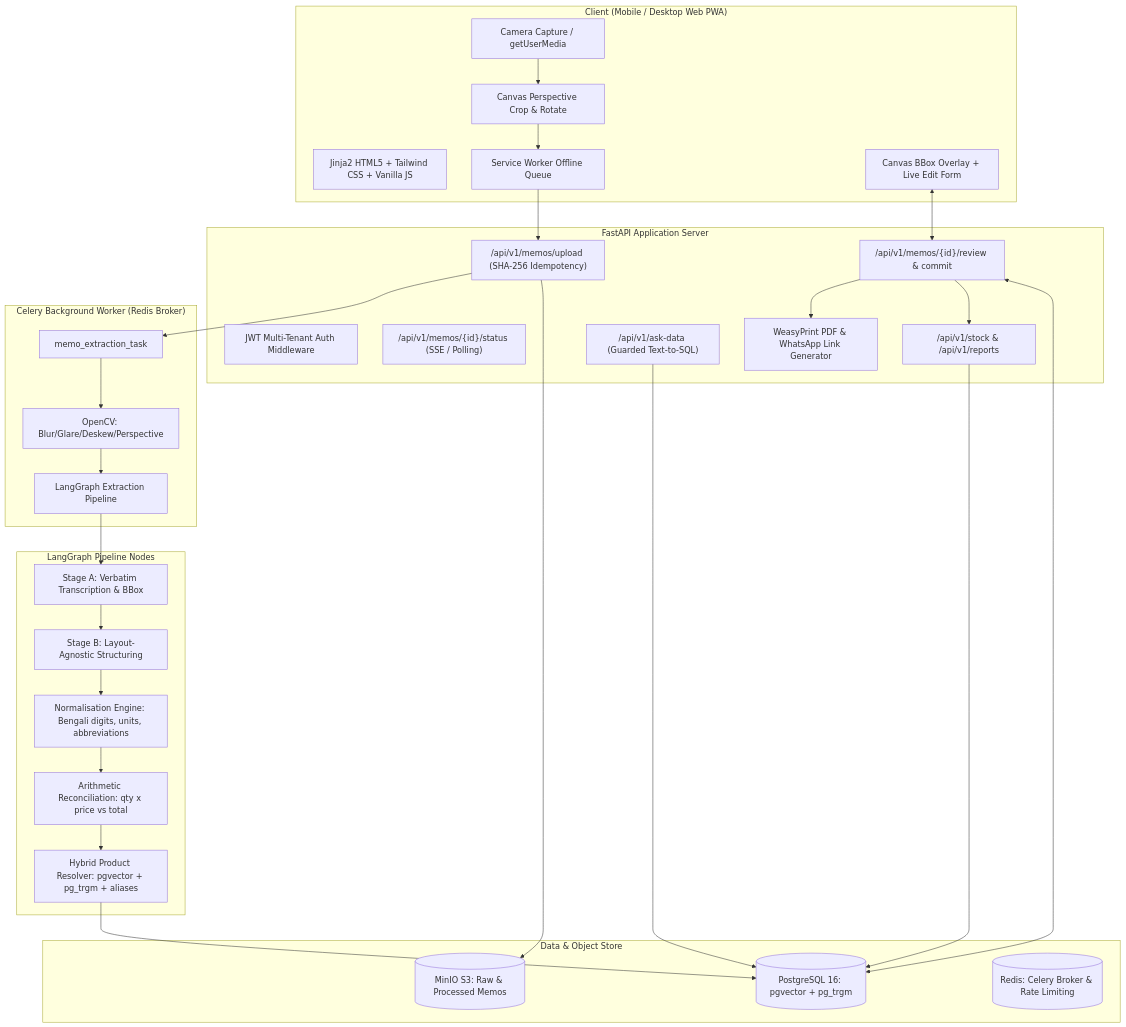
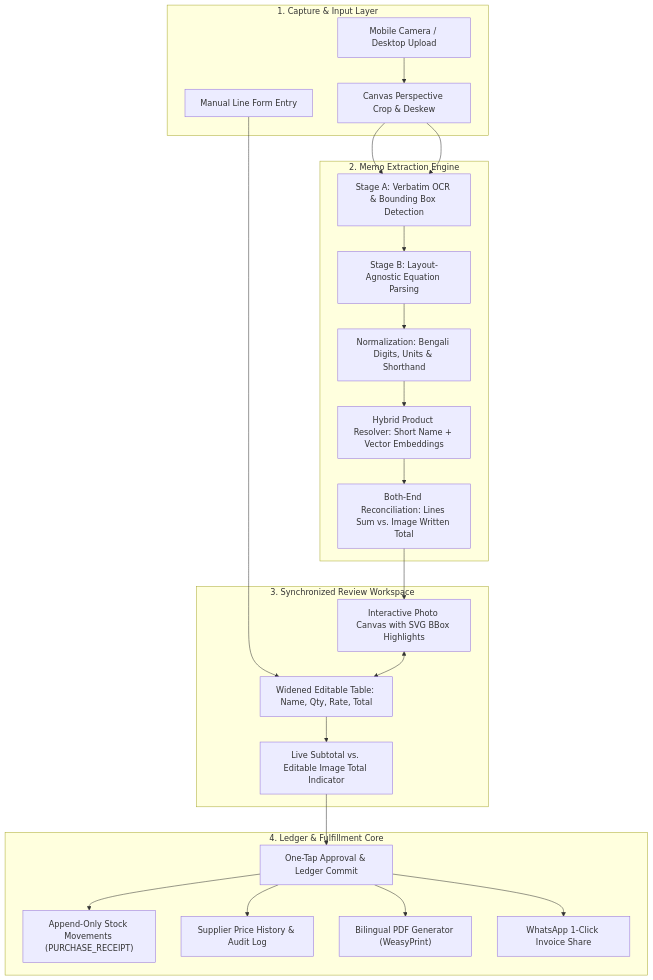
One commit to taufiqnet/MemoLedger changed the diagram in README.md. Above: the diagram before and after it, drawn with Mermaid. The commit also changed other lines of this file, not shown here.

Commit message:
docs: update README with comprehensive features, architecture, and system design

````diff
--- a/README.md
+++ b/README.md
@@ -41,51 +53,40 @@
 ```mermaid
 flowchart TD
-    subgraph Client["Client (Mobile / Desktop Web PWA)"]
-        UI[Jinja2 HTML5 + Tailwind CSS + Vanilla JS]
-        Cam[Camera Capture / getUserMedia]
-        CropCanvas[Canvas Perspective Crop & Rotate]
-        SW[Service Worker Offline Queue]
-        ReviewUI[Canvas BBox Overlay + Live Edit Form]
+    subgraph Capture["1. Capture & Input Layer"]
+        Camera["Mobile Camera / Desktop Upload"]
+        Crop["Canvas Perspective Crop & Deskew"]
+        Manual["Manual Line Form Entry"]
     end
 
-    subgraph API["FastAPI Application Server"]
-        Auth[JWT Multi-Tenant Auth Middleware]
-        UploadEP["/api/v1/memos/upload (SHA-256 Idempotency)"]
-        StatusEP["/api/v1/memos/{id}/status (SSE / Polling)"]
-        ReviewEP["/api/v1/memos/{id}/review & commit"]
-        LedgerEP["/api/v1/stock & /api/v1/reports"]
-        AskDataEP["/api/v1/ask-data (Guarded Text-to-SQL)"]
-        InvoiceGen[WeasyPrint PDF & WhatsApp Link Generator]
+    subgraph Pipeline["2. Memo Extraction Engine"]
+        StageA["Stage A: Verbatim OCR & Bounding Box Detection"]
+        StageB["Stage B: Layout-Agnostic Equation Parsing"]
+        Norm["Normalization: Bengali Digits, Units & Shorthand"]
+        Resolver["Hybrid Product Resolver: Short Name + Vector Embeddings"]
+        Reconcile["Both-End Reconciliation: Lines Sum vs. Image Written Total"]
     end
 
-    subgraph CeleryWorker["Celery Background Worker (Redis Broker)"]
-        Task[memo_extraction_task]
-        CVPre[OpenCV: Blur/Glare/Deskew/Perspective]
-        LangGraphPipe[LangGraph Extraction Pipeline]
+    subgraph Review["3. Synchronized Review Workspace"]
+        PhotoView["Interactive Photo Canvas with SVG BBox Highlights"]
+        FormTable["Widened Editable Table: Name, Qty, Rate, Total"]
+        TotalFoot["Live Subtotal vs. Editable Image Total Indicator"]
     end
 
-    subgraph LangGraphPipeline["LangGraph Pipeline Nodes"]
-        A[Stage A: Verbatim Transcription & BBox]
-        B[Stage B: Layout-Agnostic Structuring]
-        Norm[Normalisation Engine: Bengali digits, units, abbreviations]
-        Arith[Arithmetic Reconciliation: qty x price vs total]
-        Res[Hybrid Product Resolver: pgvector + pg_trgm + aliases]
+    subgraph Ledger["4. Ledger & Fulfillment Core"]
+        Commit["One-Tap Approval & Ledger Commit"]
+        Stock["Append-Only Stock Movements (PURCHASE_RECEIPT)"]
+        PriceHist["Supplier Price History & Audit Log"]
+        PDFGen["Bilingual PDF Generator (WeasyPrint)"]
+        WhatsApp["WhatsApp 1-Click Invoice Share"]
     end
 
-    subgraph Storage["Data & Object Store"]
-        PG[(PostgreSQL 16: pgvector + pg_trgm)]
-        MinIO[(MinIO S3: Raw & Processed Memos)]
-        Redis[(Redis: Celery Broker & Rate Limiting)]
-    end
-
-    Cam --> CropCanvas --> SW --> UploadEP
-    UploadEP --> MinIO
-    UploadEP --> Task
-    Task --> CVPre --> LangGraphPipe
-    LangGraphPipe --> A --> B --> Norm --> Arith --> Res
-    Res --> PG
-    ReviewUI <--> ReviewEP <--> PG
-    ReviewEP --> LedgerEP --> PG
-    ReviewEP --> InvoiceGen
-    AskDataEP --> PG
+    Camera --> Crop --> StageA
+    Manual --> FormTable
+    Crop --> StageA --> StageB --> Norm --> Resolver --> Reconcile
+    Reconcile --> PhotoView <--> FormTable
+    FormTable --> TotalFoot --> Commit
+    Commit --> Stock
+    Commit --> PriceHist
+    Commit --> PDFGen
+    Commit --> WhatsApp
 ```
````
